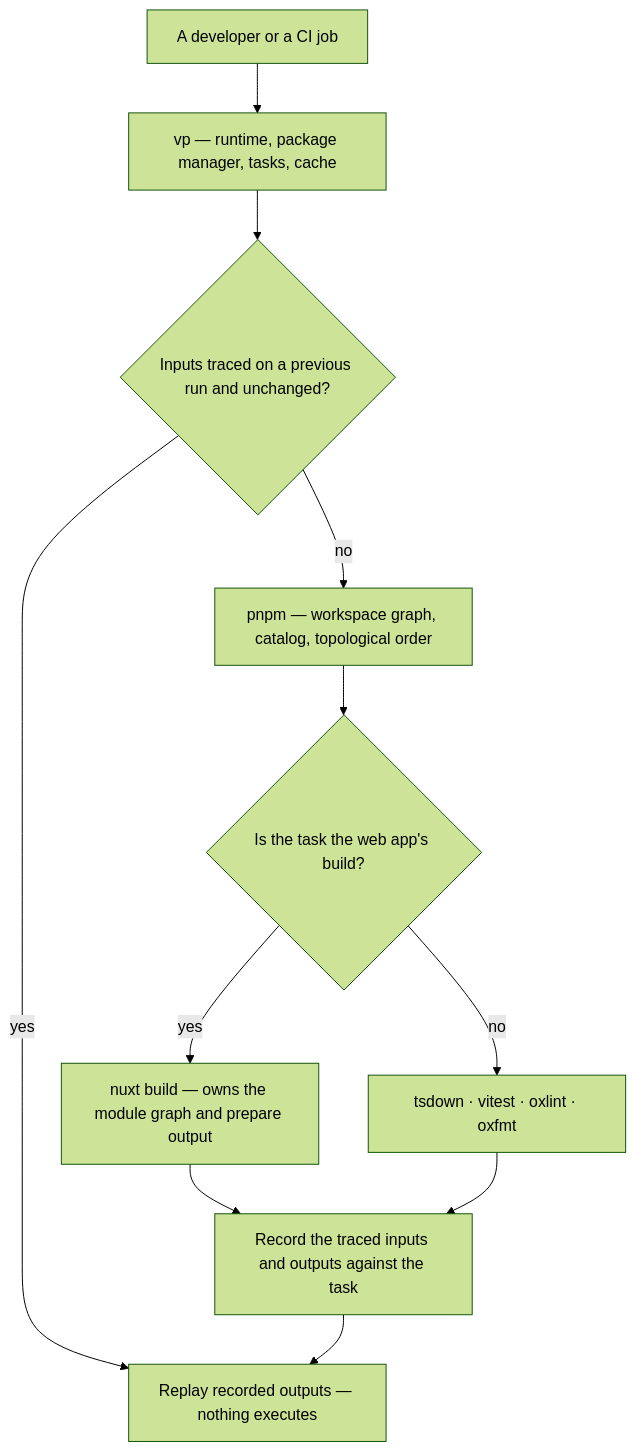
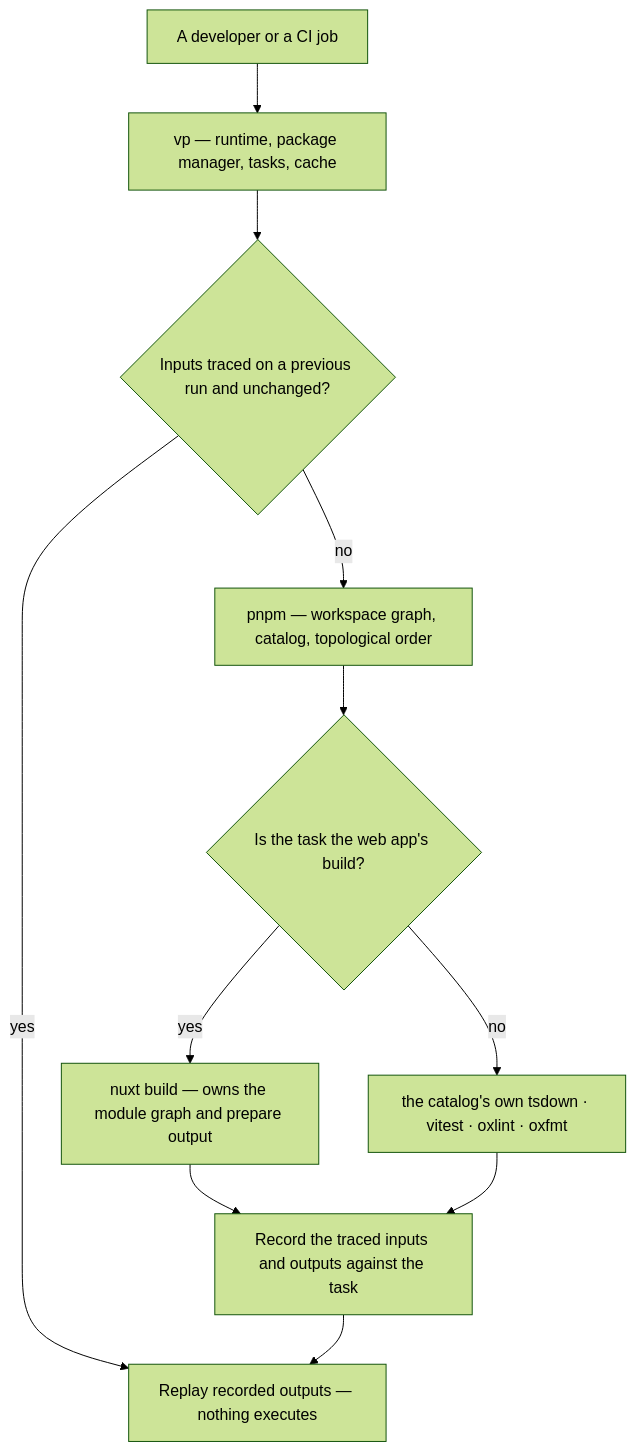
Before and after one commit to Esposter/Esposter: the diagram in apps/web/content/docs/proposals/refactors/vite-plus/index.md, drawn with Mermaid (forest theme). The commit also changed other lines of this file and 8 other files, not shown here.

````diff
--- a/apps/web/content/docs/proposals/refactors/vite-plus/index.md
+++ b/apps/web/content/docs/proposals/refactors/vite-plus/index.md
@@ -31,13 +45,13 @@
 ```mermaid
 flowchart TD
   dev["A developer or a CI job"] --> vp["vp — runtime, package manager, tasks, cache"]
   vp --> cached{"Inputs traced on a previous run and unchanged?"}
   cached -->|yes| replay["Replay recorded outputs — nothing executes"]
   cached -->|no| pm["pnpm — workspace graph, catalog, topological order"]
   pm --> app{"Is the task the web app's build?"}
   app -->|yes| nuxt["nuxt build — owns the module graph and prepare output"]
-  app -->|no| tools["tsdown · vitest · oxlint · oxfmt"]
+  app -->|no| tools["the catalog's own tsdown · vitest · oxlint · oxfmt"]
   nuxt --> record["Record the traced inputs and outputs against the task"]
   tools --> record
   record --> replay
 ```
````
